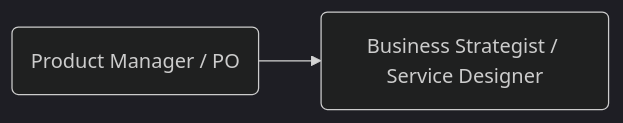
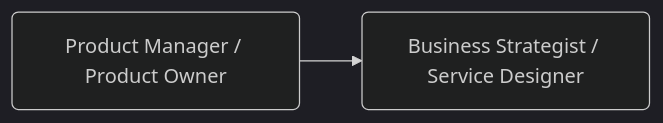
Before and after one commit to EdgarRangelInnovate/EdgarRangelInnovate: the second of 5 diagrams in path/business/README.md, drawn with Mermaid (dark theme). The commit also changed other lines of this file and 3 other files, not shown here.

````diff
--- a/path/business/README.md
+++ b/path/business/README.md
@@ -36,5 +36,5 @@
 ```mermaid
 flowchart LR
-  A(Product Manager / PO) -->
+  A(Product Manager / Product Owner) -->
   B(Business Strategist / Service Designer)
 ```
````
